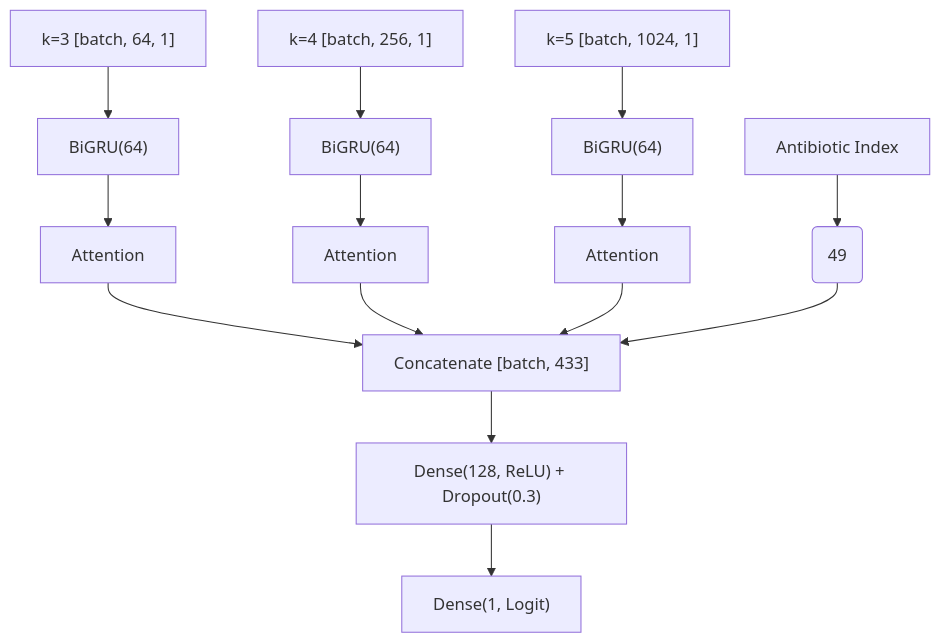
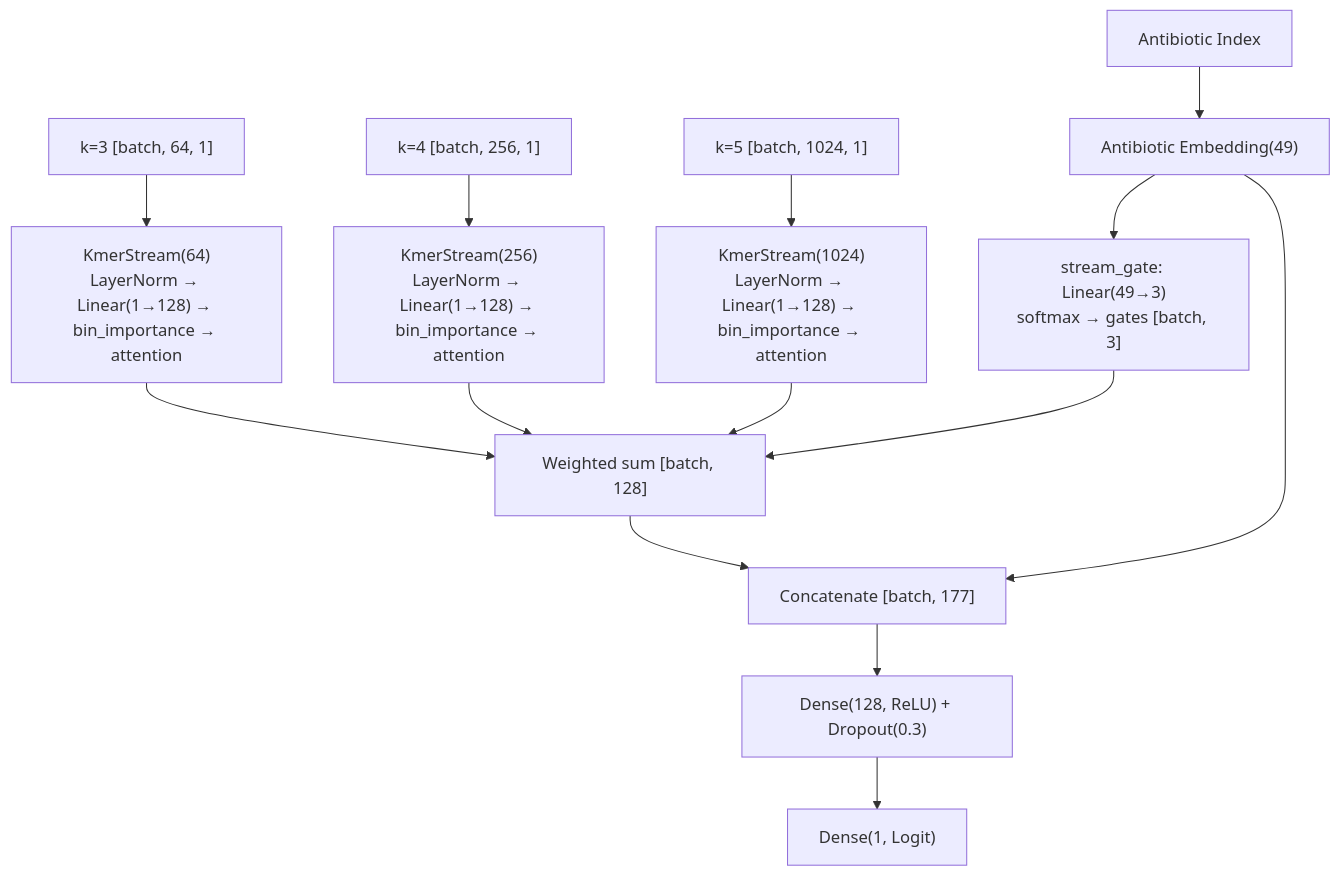
One commit to sebastianrodriguez1115/neural-networks-project changed the third of 6 diagrams in docs/4_models.md. Above: the diagram before and after it, drawn with Mermaid. The commit also changed other lines of this file and 74 other files, not shown here.

````diff
--- a/docs/4_models.md
+++ b/docs/4_models.md
@@ -148,25 +157,30 @@
 ```mermaid
 graph TD
 K3["k=3 [batch, 64, 1]"]
 K4["k=4 [batch, 256, 1]"]
 K5["k=5 [batch, 1024, 1]"]
 AB["Antibiotic Index"]
 
-G3["BiGRU(64)"]
-G4["BiGRU(64)"]
-G5["BiGRU(64)"]
+S3["KmerStream(64)<br/>LayerNorm → Linear(1→128) → bin_importance → attention"]
+S4["KmerStream(256)<br/>LayerNorm → Linear(1→128) → bin_importance → attention"]
+S5["KmerStream(1024)<br/>LayerNorm → Linear(1→128) → bin_importance → attention"]
 
-A3["Attention"]
-A4["Attention"]
-A5["Attention"]
-
-Cat["Concatenate [batch, 433]"]
+Gate["stream_gate: Linear(49→3)<br/>softmax → gates [batch, 3]"]
+Fused["Weighted sum [batch, 128]"]
+Cat["Concatenate [batch, 177]"]
 L1["Dense(128, ReLU) + Dropout(0.3)"]
 L2["Dense(1, Logit)"]
 
-K3 --> G3 --> A3 --> Cat
-K4 --> G4 --> A4 --> Cat
-K5 --> G5 --> A5 --> Cat
-AB --> Emb(49) --> Cat
+K3 --> S3
+K4 --> S4
+K5 --> S5
+AB --> Emb["Antibiotic Embedding(49)"]
+Emb --> Gate
+S3 --> Fused
+S4 --> Fused
+S5 --> Fused
+Gate --> Fused
+Fused --> Cat
+Emb --> Cat
 Cat --> L1 --> L2
 ```
````
